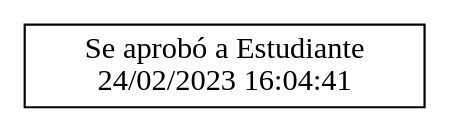
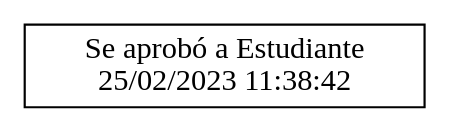
One commit to Barahona1602/Sistema-de-Archivos changed the diagram in EDD_Proyecto1_Fase1/Aprobación de estudiantes/admin.dot. Above: the diagram before and after it, drawn with Graphviz. The commit also changed 4 other files, not shown here.

```diff
--- a/EDD_Proyecto1_Fase1/Aprobación de estudiantes/admin.dot
+++ b/EDD_Proyecto1_Fase1/Aprobación de estudiantes/admin.dot
@@ -1,9 +1,9 @@
 digraph {
 rankdir=LR;
 node [shape=box]
 {rank=same "Se aprobó a Estudiante
-24/02/2023 16:04:41"}
+25/02/2023 11:38:42"}
 edge [dir=none]
 {rank=same "Se aprobó a Estudiante
-24/02/2023 16:04:41"}
+25/02/2023 11:38:42"}
 }
```
